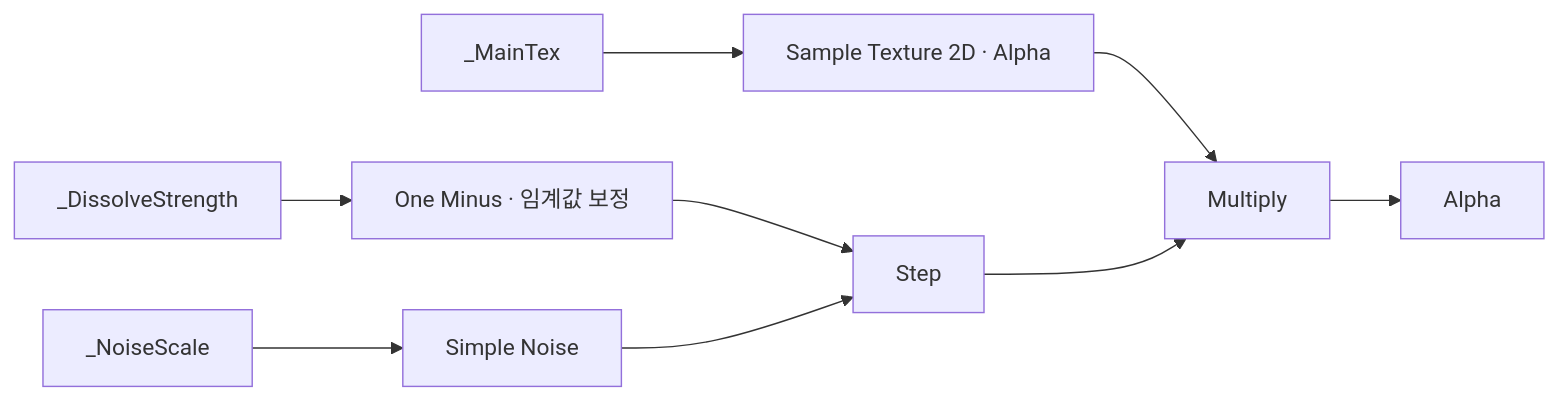
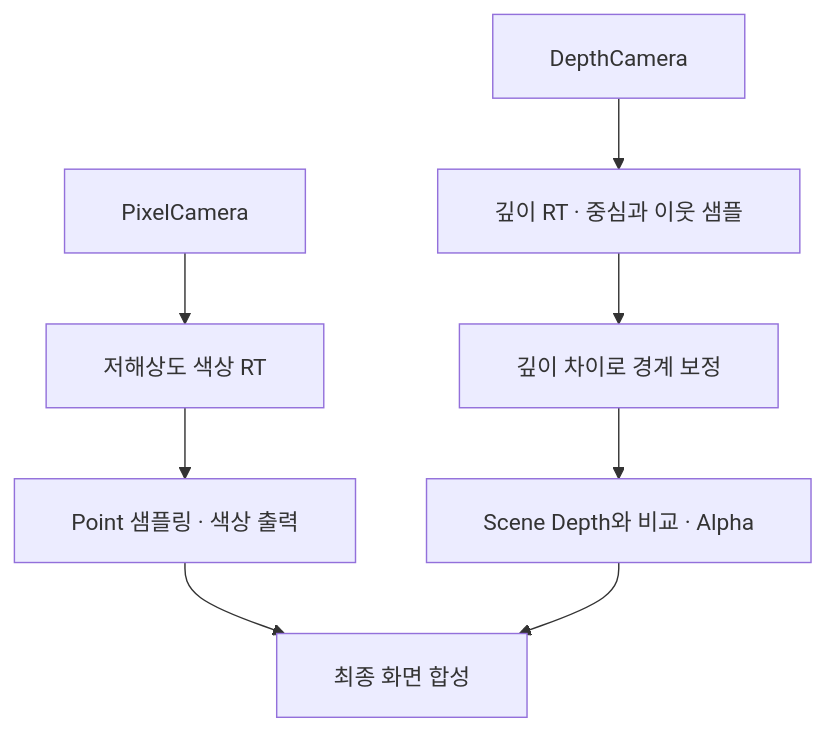
One commit to 1Seong/SaveTheWorld changed the first of 2 diagrams in portfolio/shader-effects/README.md. Above: the diagram before and after it, drawn with Mermaid. The commit also changed other lines of this file and 6 other files, not shown here.

Commit message:
docs: fix diagram text layout and feature sample emphasis

````diff
--- a/portfolio/shader-effects/README.md
+++ b/portfolio/shader-effects/README.md
@@ -9,11 +11,11 @@
 ```mermaid
-flowchart LR
-  T["_MainTex"] --> S["Sample Texture 2D · Alpha"]
-  N["_NoiseScale"] --> P["Simple Noise"]
-  D["_DissolveStrength"] --> O["One Minus · 임계값 보정"]
-  O --> C["Step"]
-  P --> C
-  S --> M["Multiply"]
-  C --> M
-  M --> A["Alpha"]
+%%{init: {"htmlLabels": false, "themeVariables": {"fontFamily": "Arial, sans-serif"}, "flowchart": {"padding": 20, "diagramPadding": 20}, "sequence": {"diagramMarginX": 24, "diagramMarginY": 16, "wrap": true}}}%%
+flowchart TB
+  P["PixelCamera"] --> C["저해상도 색상 RT"]
+  C --> RGB["Point 샘플링 · 색상 출력"]
+  D["DepthCamera"] --> Z["깊이 RT · 중심과 이웃 샘플"]
+  Z --> E["깊이 차이로 경계 보정"]
+  E --> A["Scene Depth와 비교 · Alpha"]
+  RGB --> O["최종 화면 합성"]
+  A --> O
 ```
````
